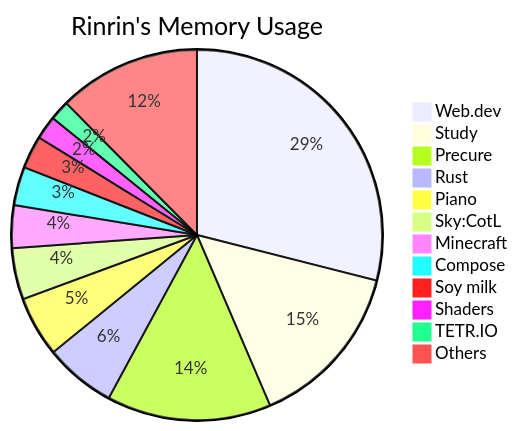
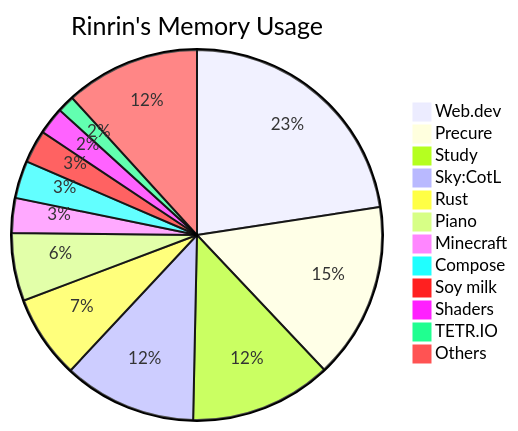
One commit to Rinrin0413/Rinrin0413 changed the diagram in README.md. Above: the diagram before and after it, drawn with Mermaid.

Commit message:
🛠 Update: Rinrin's Memory Usage

````diff
--- a/README.md
+++ b/README.md
@@ -75,15 +75,15 @@
 ```mermaid
 pie title Rinrin's Memory Usage
-    "Web.dev": 638
-    "Study": 322
-    "Precure": 316
-    "Rust": 137
-    "Piano": 116
-    "Sky:CotL": 99
-    "Minecraft": 82
+    "Web.dev": 511
+    "Precure": 348
+    "Study": 280
+    "Sky:CotL": 263
+    "Rust": 165
+    "Piano": 134
+    "Minecraft": 69
     "Compose": 74
-    "Soy milk": 63
-    "Shaders": 45
-    "TETR.IO": 38
-    "Others": 274
+    "Soy milk": 65
+    "Shaders": 54
+    "TETR.IO": 34
+    "Others": 266
 ```
````
